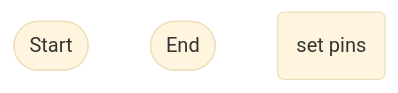
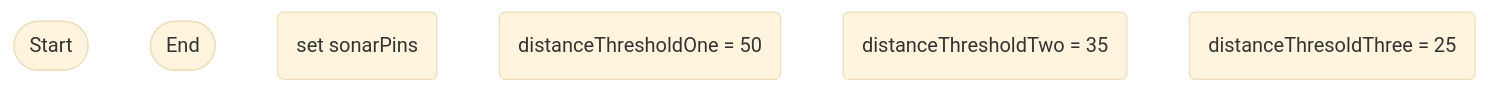
Before and after one commit to Deltace05/SmartDog: the diagram in logic.md, drawn with Mermaid (base theme).

````diff
--- a/logic.md
+++ b/logic.md
@@ -1,9 +1,10 @@
 ```mermaid
 flowchart TD
 terminalStart([Start])
 terminalEnd([End])
-declareSonarRead(set pins)
-
-
+declareSonarRead(set sonarPins)
+thresholdSetOne(distanceThresholdOne = 50)
+thresholdSetTwo(distanceThresholdTwo = 35)
+thresholdSetThree(distanceThresoldThree = 25)
 
 ```
````
